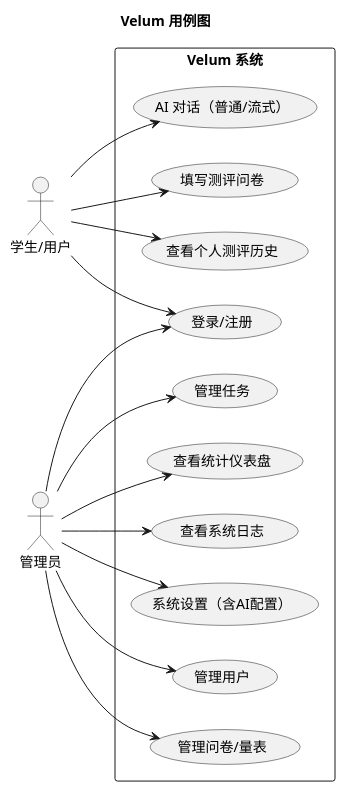
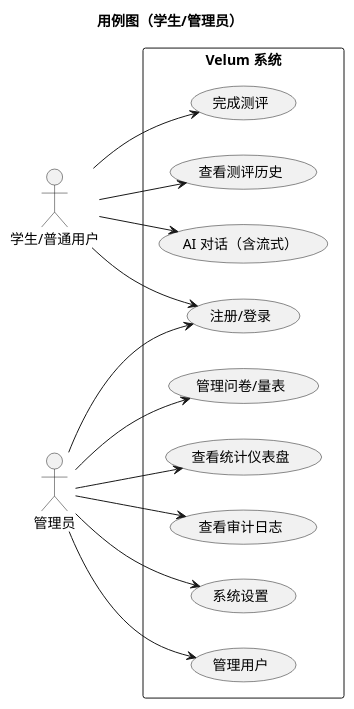
One commit to WangWindow/Velum changed the second of 7 diagrams in docs/3.md. Above: the diagram before and after it, drawn with PlantUML. The commit also changed other lines of this file and 5 other files, not shown here.

````diff
--- a/docs/3.md
+++ b/docs/3.md
@@ -140,36 +119,35 @@
 ```plantuml
 @startuml
-title Velum 用例图
+title 用例图（学生/管理员）
 left to right direction
 
-actor "学生/用户" as U
+actor "学生/普通用户" as U
 actor "管理员" as A
 
 rectangle "Velum 系统" {
-  usecase "登录/注册" as UC_Login
-  usecase "填写测评问卷" as UC_Assess
-  usecase "查看个人测评历史" as UC_History
-  usecase "AI 对话（普通/流式）" as UC_Chat
-  usecase "管理用户" as UC_UserMgmt
-  usecase "管理问卷/量表" as UC_QMgmt
-  usecase "管理任务" as UC_TaskMgmt
-  usecase "查看统计仪表盘" as UC_Dashboard
-  usecase "查看系统日志" as UC_Log
-  usecase "系统设置（含AI配置）" as UC_Settings
+  usecase "注册/登录" as UC_Login
+  usecase "完成测评" as UC_Assess
+  usecase "查看测评历史" as UC_AssessHistory
+  usecase "AI 对话（含流式）" as UC_Chat
+
+  usecase "管理用户" as UC_User
+  usecase "管理问卷/量表" as UC_Q
+  usecase "查看统计仪表盘" as UC_Dash
+  usecase "查看审计日志" as UC_Log
+  usecase "系统设置" as UC_Set
 }
 
 U --> UC_Login
 U --> UC_Assess
-U --> UC_History
+U --> UC_AssessHistory
 U --> UC_Chat
 
 A --> UC_Login
-A --> UC_UserMgmt
-A --> UC_QMgmt
-A --> UC_TaskMgmt
-A --> UC_Dashboard
+A --> UC_User
+A --> UC_Q
+A --> UC_Dash
 A --> UC_Log
-A --> UC_Settings
+A --> UC_Set
 
 @enduml
 ```
````
